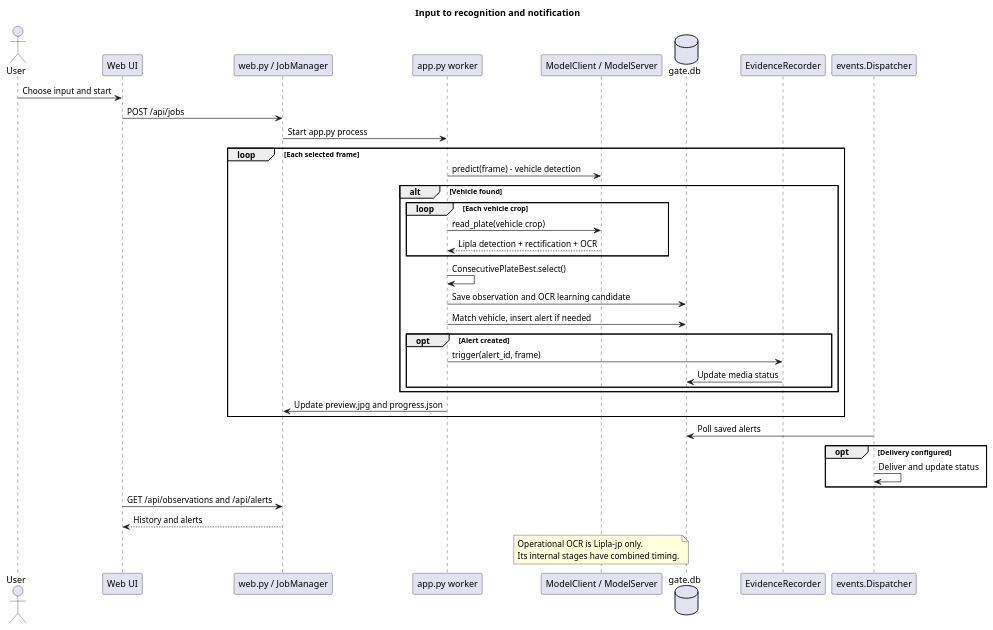
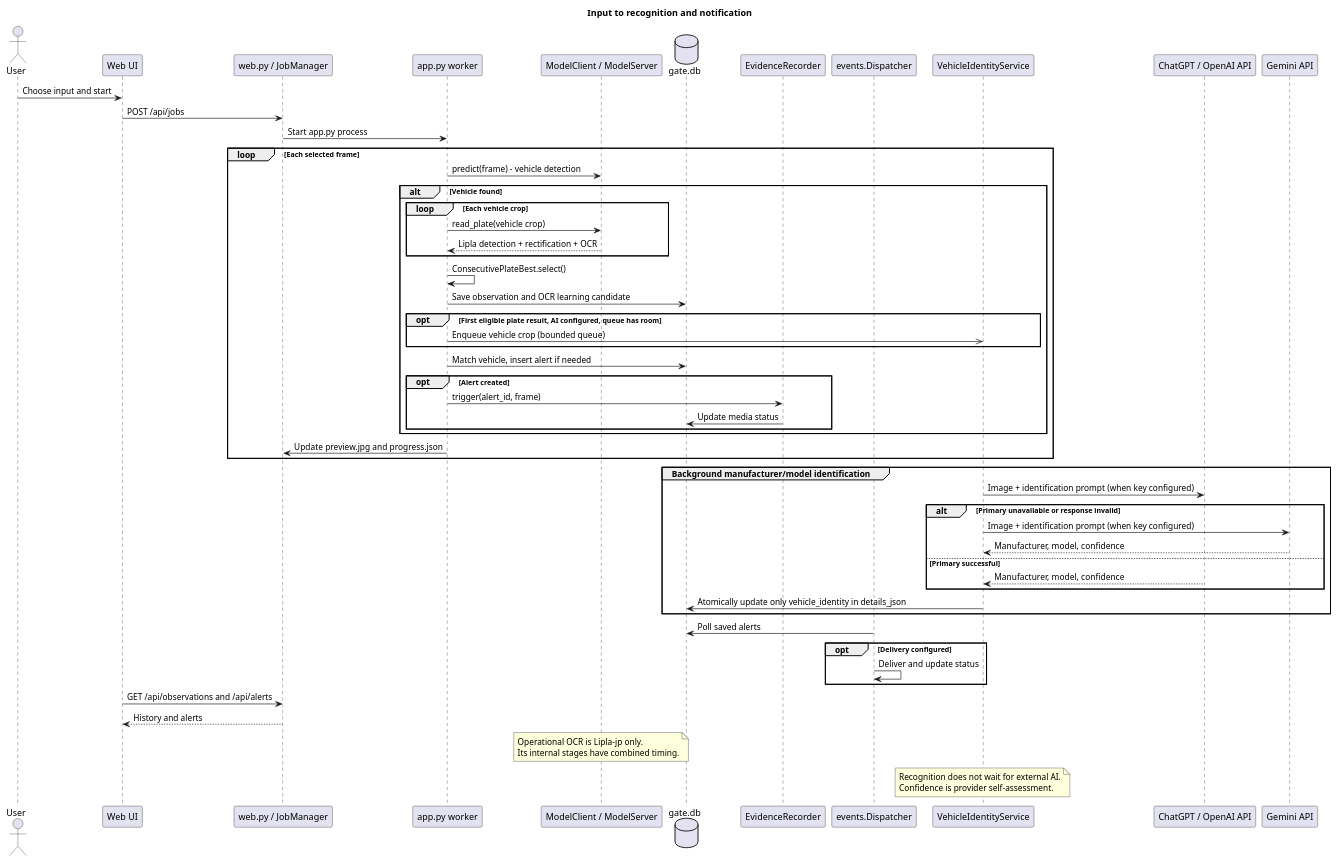
One commit to UeEmon/AI-Gate-System- changed the diagram in docs/recognition.puml. Above: the diagram before and after it, drawn with PlantUML. The commit also changed 28 other files, not shown here.

First line of the commit message:
Add external vehicle identification and update UML on main commits

```diff
--- a/docs/recognition.puml
+++ b/docs/recognition.puml
@@ -1,41 +1,61 @@
 @startuml
 title Input to recognition and notification
 actor User
 participant "Web UI" as UI
 participant "web.py / JobManager" as Web
 participant "app.py worker" as Worker
 participant "ModelClient / ModelServer" as Model
 database "gate.db" as DB
 participant "EvidenceRecorder" as Recorder
 participant "events.Dispatcher" as Dispatcher
+participant "VehicleIdentityService" as Identity
+participant "ChatGPT / OpenAI API" as ChatGPT
+participant "Gemini API" as Gemini
 User -> UI : Choose input and start
 UI -> Web : POST /api/jobs
 Web -> Worker : Start app.py process
 loop Each selected frame
   Worker -> Model : predict(frame) - vehicle detection
   alt Vehicle found
     loop Each vehicle crop
       Worker -> Model : read_plate(vehicle crop)
       Model --> Worker : Lipla detection + rectification + OCR
     end
     Worker -> Worker : ConsecutivePlateBest.select()
     Worker -> DB : Save observation and OCR learning candidate
+    opt First eligible plate result, AI configured, queue has room
+      Worker ->> Identity : Enqueue vehicle crop (bounded queue)
+    end
     Worker -> DB : Match vehicle, insert alert if needed
     opt Alert created
       Worker -> Recorder : trigger(alert_id, frame)
       Recorder -> DB : Update media status
     end
   end
   Worker -> Web : Update preview.jpg and progress.json
+end
+group Background manufacturer/model identification
+  Identity -> ChatGPT : Image + identification prompt (when key configured)
+  alt Primary unavailable or response invalid
+    Identity -> Gemini : Image + identification prompt (when key configured)
+    Gemini --> Identity : Manufacturer, model, confidence
+  else Primary successful
+    ChatGPT --> Identity : Manufacturer, model, confidence
+  end
+  Identity -> DB : Atomically update only vehicle_identity in details_json
 end
 Dispatcher -> DB : Poll saved alerts
 opt Delivery configured
   Dispatcher -> Dispatcher : Deliver and update status
 end
 UI -> Web : GET /api/observations and /api/alerts
 Web --> UI : History and alerts
 note over Model
   Operational OCR is Lipla-jp only.
   Its internal stages have combined timing.
 end note
+note over Identity
+  Recognition does not wait for external AI.
+  Confidence is provider self-assessment.
+end note
 @enduml
```
